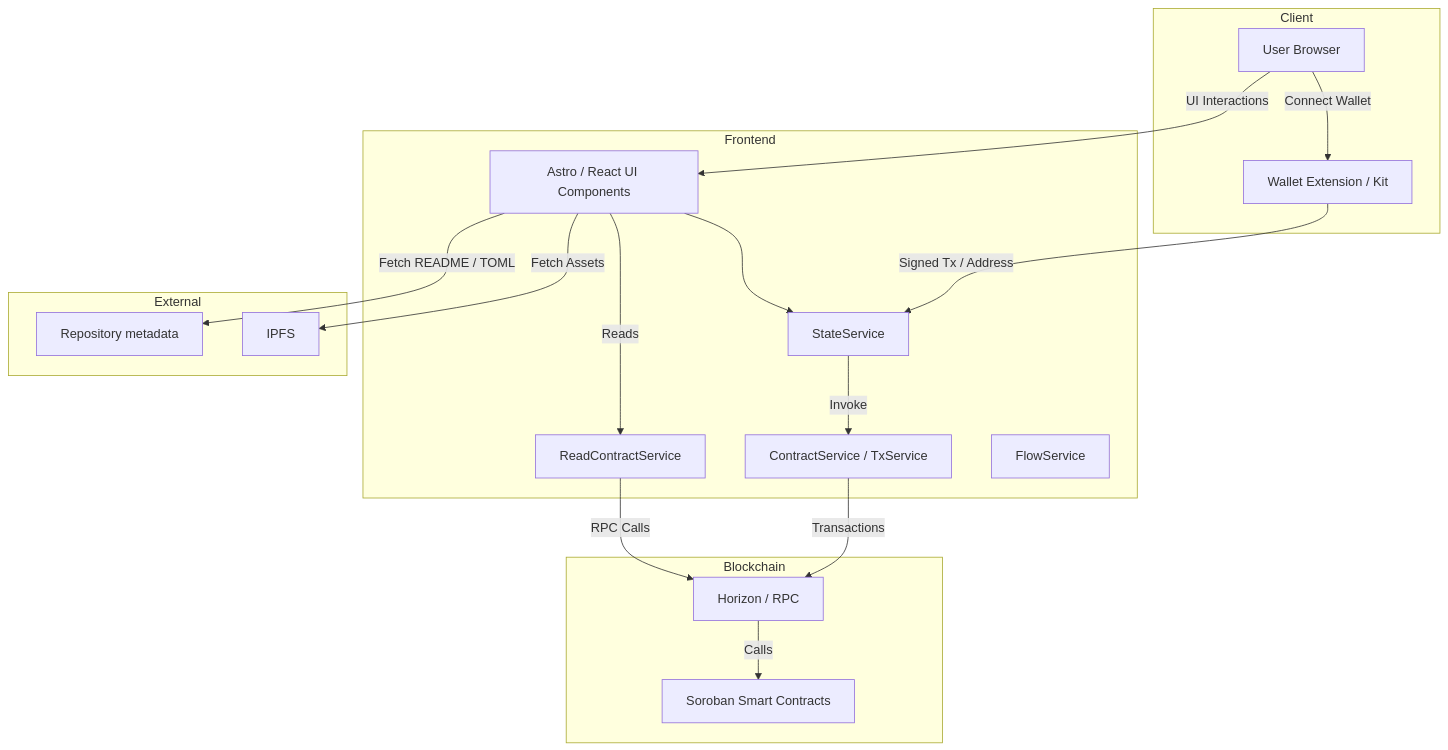
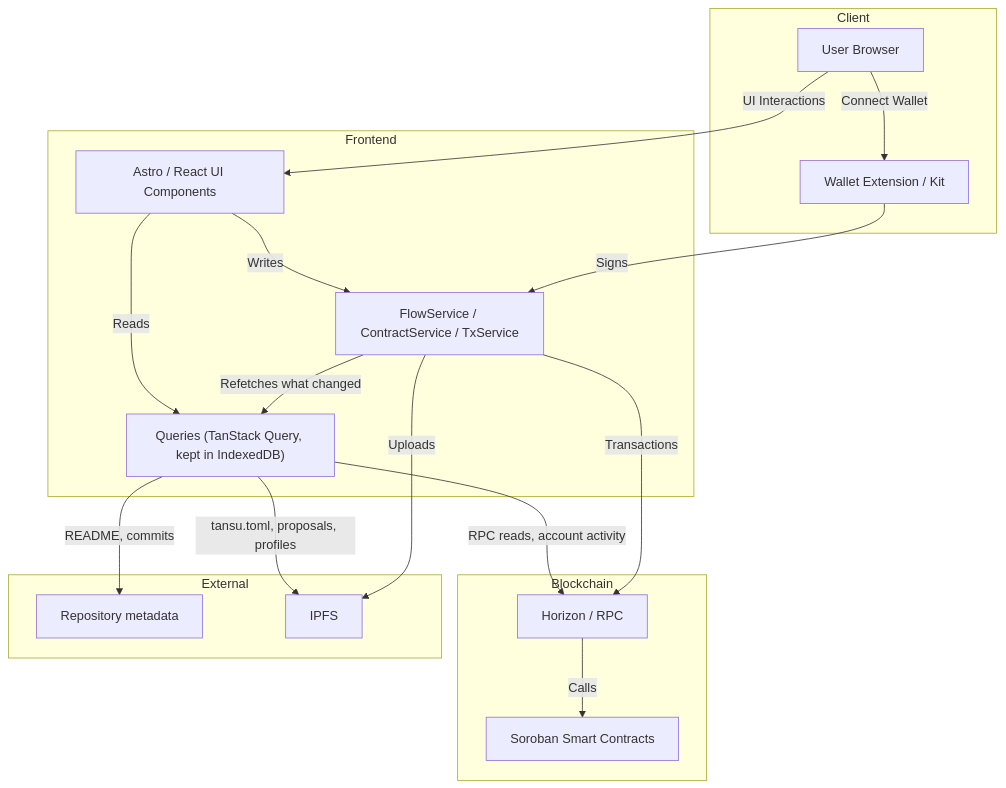
Before and after one commit to Consulting-Manao/tansu: the first of 6 diagrams in website/docs/developers/user_flows.mdx, drawn with Mermaid. The commit also changed 25 other files, not shown here.

````diff
--- a/website/docs/developers/user_flows.mdx
+++ b/website/docs/developers/user_flows.mdx
@@ -11,34 +11,33 @@
 ```mermaid
 flowchart TD
   subgraph Client
     A["User Browser"]
     B["Wallet Extension / Kit"]
   end
   subgraph Frontend
     C["Astro / React UI Components"]
-    D["StateService"]
-    E["ReadContractService"]
-    F["ContractService / TxService"]
-    G["FlowService"]
+    D["Queries (TanStack Query, kept in IndexedDB)"]
+    F["FlowService / ContractService / TxService"]
   end
   subgraph Blockchain
     J["Soroban Smart Contracts"]
     K["Horizon / RPC"]
   end
   subgraph External
     L["Repository metadata"]
     M["IPFS"]
   end
 
   A--"Connect Wallet"-->B
   A--"UI Interactions"-->C
-  B--"Signed Tx / Address"-->D
-  C-->D
-  C--"Reads"-->E
-  D--"Invoke"-->F
+  C--"Reads"-->D
+  D--"RPC reads, account activity"-->K
+  D--"README, commits"-->L
+  D--"tansu.toml, proposals, profiles"-->M
+  C--"Writes"-->F
+  B--"Signs"-->F
+  F--"Uploads"-->M
   F--"Transactions"-->K
-  E--"RPC Calls"-->K
+  F--"Refetches what changed"-->D
   K--"Calls"-->J
-  C--"Fetch README / TOML"-->L
-  C--"Fetch Assets"-->M
 ```
````
